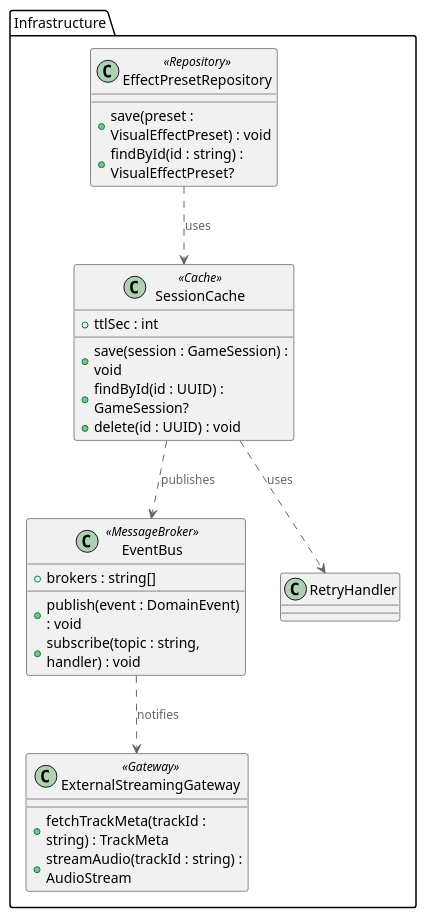
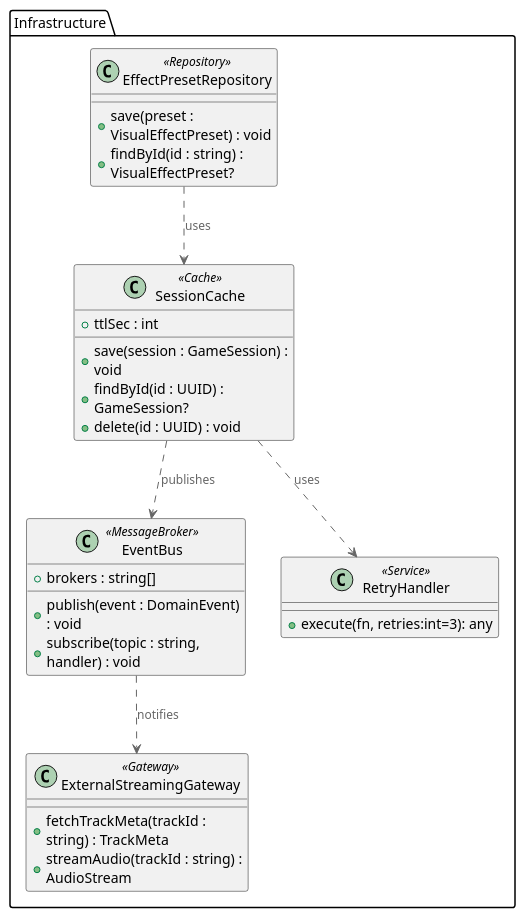
The diagram in docs/03_design/diagrams/class/infrastructure.puml (u-keiya/play_as_you_like), drawn with PlantUML before and after one commit. The commit also changed 12 other files, not shown here.

```diff
--- a/docs/03_design/diagrams/class/infrastructure.puml
+++ b/docs/03_design/diagrams/class/infrastructure.puml
@@ -1,53 +1,58 @@
 @startuml
 ' ==========================================================
 ' Infrastructure Layer Class Diagram — Adapter/Infra (#NF-01, #US-006)
 ' PlayAsYouLike Web Rhythm Game
 ' ==========================================================
 !includeurl https://raw.githubusercontent.com/plantuml-stdlib/C4-PlantUML/master/C4_Component.puml
 
 ' ------------ Legend -------------------------------------------------
 '  <<Repository>>    : 永続化インタフェース
 '  <<Cache>>         : キャッシュ層
 '  <<MessageBroker>> : 非同期メッセージ基盤
 '  <<Gateway>>       : 外部サービス連携
 '  USDM Tag          : 参照要件 ( など)
 ' ---------------------------------------------------------------------
 
 namespace Infrastructure {
 
   class EffectPresetRepository <<Repository>> {
     +save(preset : VisualEffectPreset) : void
     +findById(id : string) : VisualEffectPreset?
   }
 
   class SessionCache <<Cache>> {
     +save(session : GameSession) : void
     +findById(id : UUID) : GameSession?
     +delete(id : UUID) : void
     +ttlSec : int
   }
 
   class EventBus <<MessageBroker>> {
     +publish(event : DomainEvent) : void
     +subscribe(topic : string, handler) : void
     +brokers : string[]
     ' 実装: Apache Kafka (#ADR-0002)
   }
 
   class ExternalStreamingGateway <<Gateway>> {
     +fetchTrackMeta(trackId : string) : TrackMeta
     +streamAudio(trackId : string) : AudioStream
-    ' 実装: gRPC (#ADR-0002)
+    ' 実装: gRPC (#ADR-0003)
   }
 
   ' 関連
   EffectPresetRepository ..> SessionCache : uses
   SessionCache ..> EventBus : publishes
   EventBus ..> ExternalStreamingGateway : notifies
 
   ' RetryHandler 参照
   SessionCache ..> RetryHandler : uses
 
+ ' RetryHandler スタブ
+ class RetryHandler <<Service>> {
+   +execute(fn, retries:int=3): any
+ }
+
 }
 
 @enduml
```
